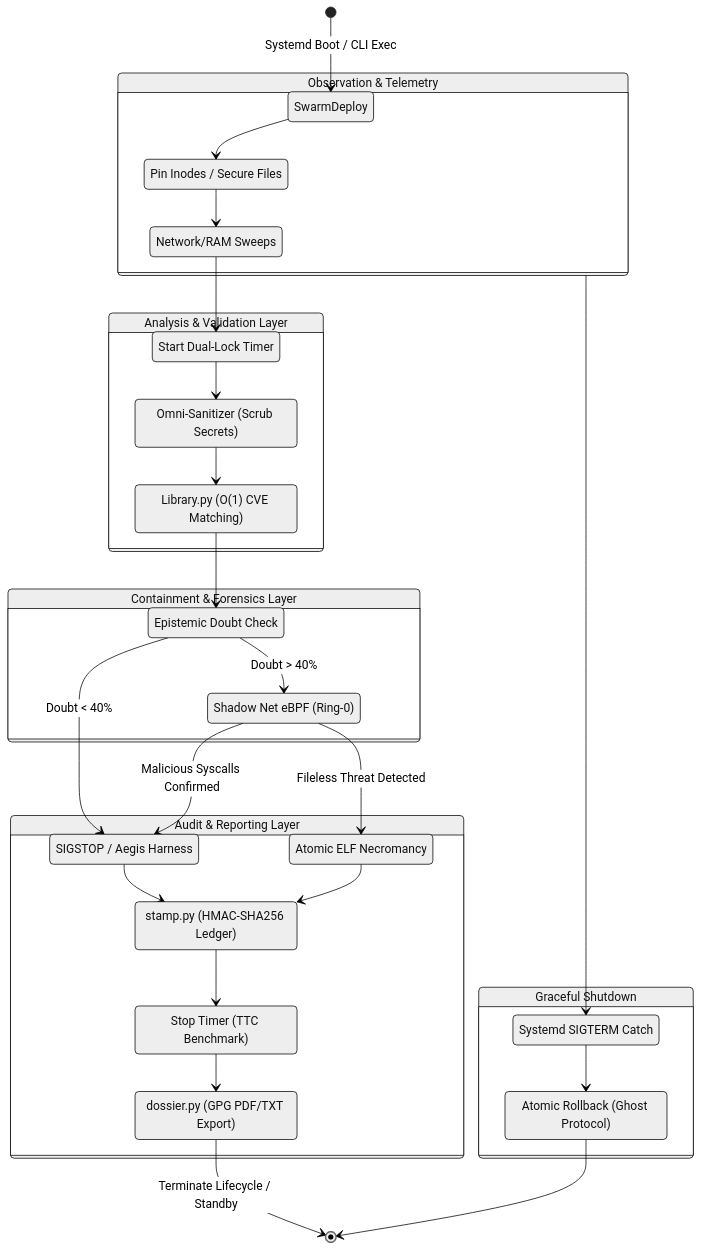
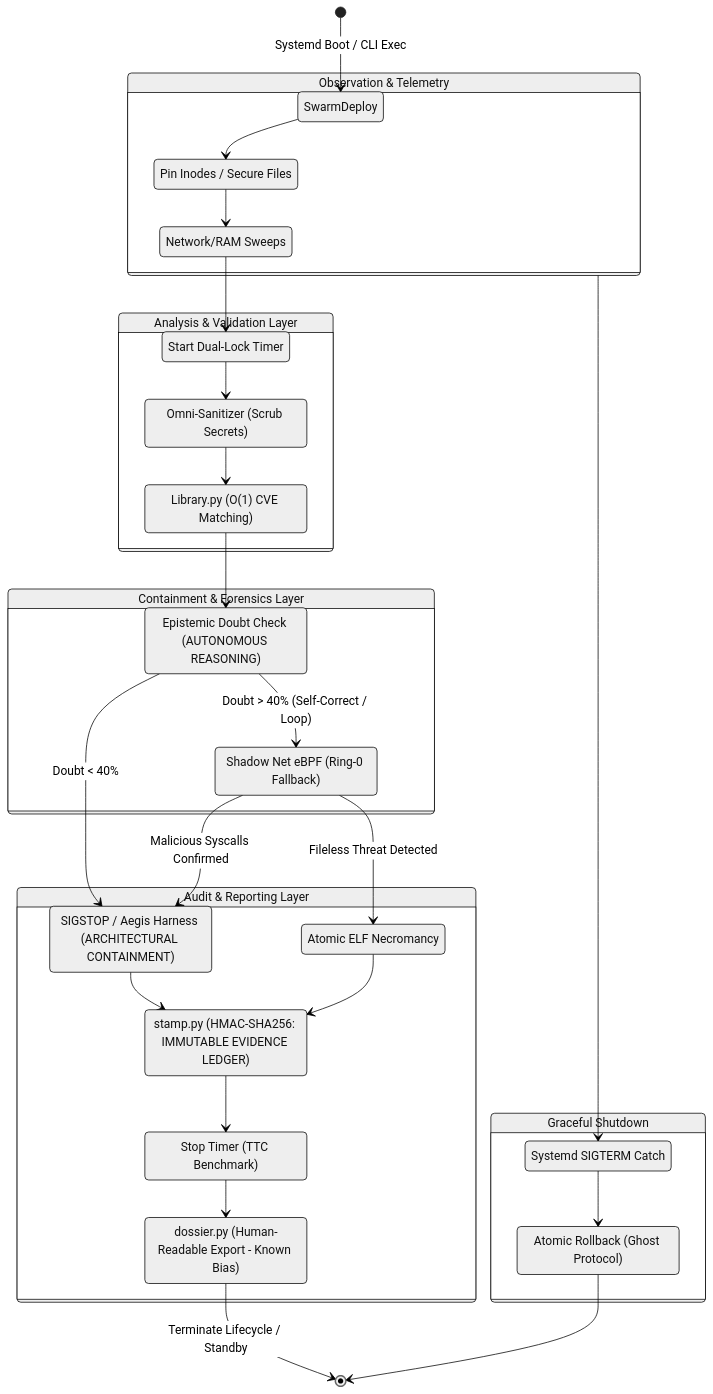
One commit to ArcVielLouvent/yomi-triage-system changed the third of 4 diagrams in README.md. Above: the diagram before and after it, drawn with Mermaid (neutral theme). The commit also changed other lines of this file and 1 other file, not shown here.

Commit message:
docs(readme & dataset): Refactor readme mermaid diagram

````diff
--- a/README.md
+++ b/README.md
@@ -196,56 +202,56 @@
 ```mermaid
 stateDiagram-v2
     [*] --> SwarmDeploy : Systemd Boot / CLI Exec
 
     state "Observation & Telemetry" as Observation {
         state "Pin Inodes / Secure Files" as InodeLock
         state "Network/RAM Sweeps" as Sweep
         state "Start Dual-Lock Timer" as Timer
 
         SwarmDeploy --> InodeLock
         InodeLock --> Sweep
         Sweep --> Timer
     }
 
     state "Analysis & Validation Layer" as Analysis {
         state "Omni-Sanitizer (Scrub Secrets)" as Sanitize
         state "Library.py (O(1) CVE Matching)" as IntelIngest
-        state "Epistemic Doubt Check" as DoubtCheck
+        state "Epistemic Doubt Check (AUTONOMOUS REASONING)" as DoubtCheck
 
         Timer --> Sanitize
         Sanitize --> IntelIngest
         IntelIngest --> DoubtCheck
     }
 
     state "Containment & Forensics Layer" as Action {
-        state "SIGSTOP / Aegis Harness" as Remediate
-        state "Shadow Net eBPF (Ring-0)" as ShadowNet
+        state "SIGSTOP / Aegis Harness (ARCHITECTURAL CONTAINMENT)" as Remediate
+        state "Shadow Net eBPF (Ring-0 Fallback)" as ShadowNet
         state "Atomic ELF Necromancy" as Necromancy
 
         DoubtCheck --> Remediate : Doubt < 40%
-        DoubtCheck --> ShadowNet : Doubt > 40%
+        DoubtCheck --> ShadowNet : Doubt > 40% (Self-Correct / Loop)
         ShadowNet --> Remediate : Malicious Syscalls Confirmed
         ShadowNet --> Necromancy : Fileless Threat Detected
     }
 
     state "Audit & Reporting Layer" as Audit {
-        state "stamp.py (HMAC-SHA256 Ledger)" as Stamp
-        state "dossier.py (GPG PDF/TXT Export)" as Dossier
+        state "stamp.py (HMAC-SHA256: IMMUTABLE EVIDENCE LEDGER)" as Stamp
+        state "dossier.py (Human-Readable Export - Known Bias)" as Dossier
         state "Stop Timer (TTC Benchmark)" as TimerStop
 
         Remediate --> Stamp
         Necromancy --> Stamp
         Stamp --> TimerStop
         TimerStop --> Dossier
     }
     
     state "Graceful Shutdown" as Shutdown {
         state "Systemd SIGTERM Catch" as Sigterm
         state "Atomic Rollback (Ghost Protocol)" as Rollback
     }
 
     Dossier --> [*] : Terminate Lifecycle / Standby
     Observation --> Sigterm
     Sigterm --> Rollback
     Rollback --> [*]
 ```
````
